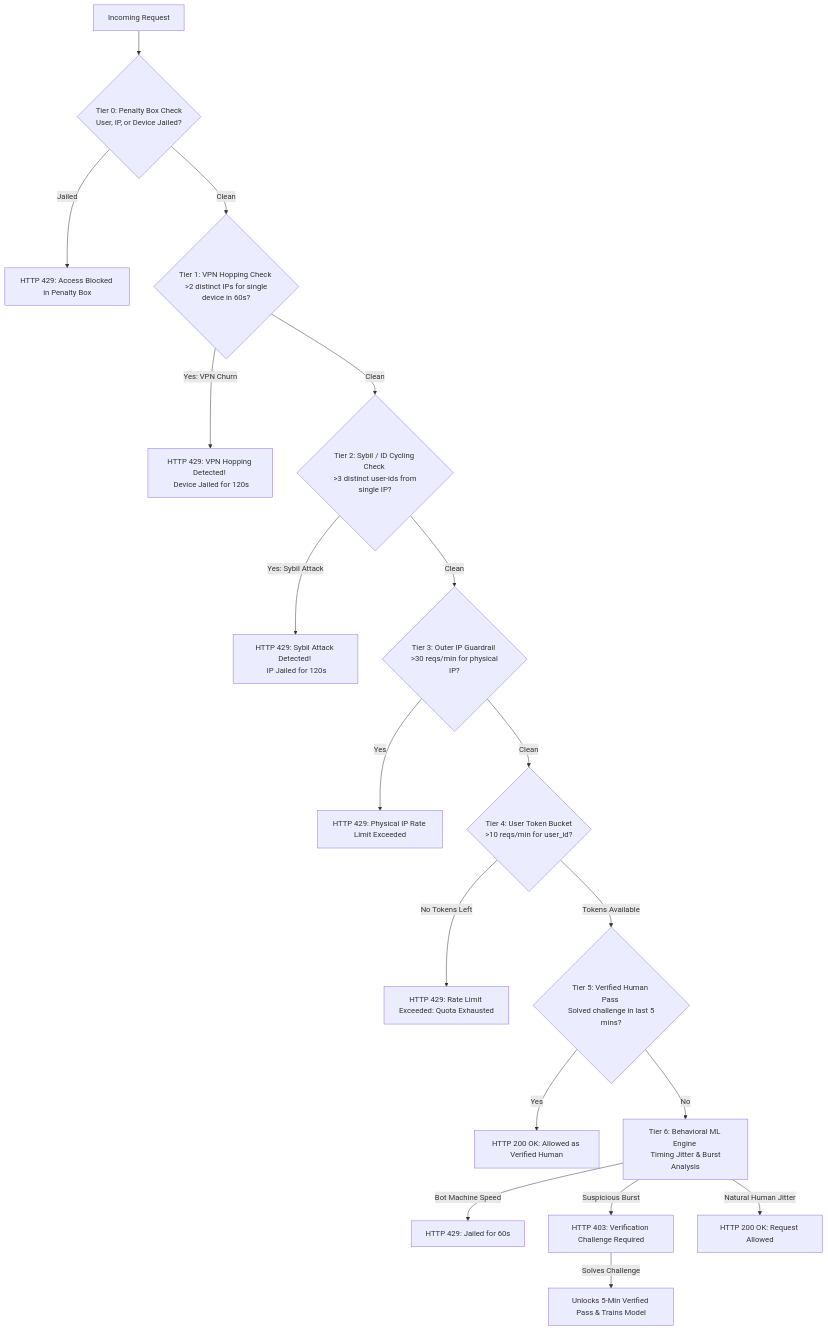
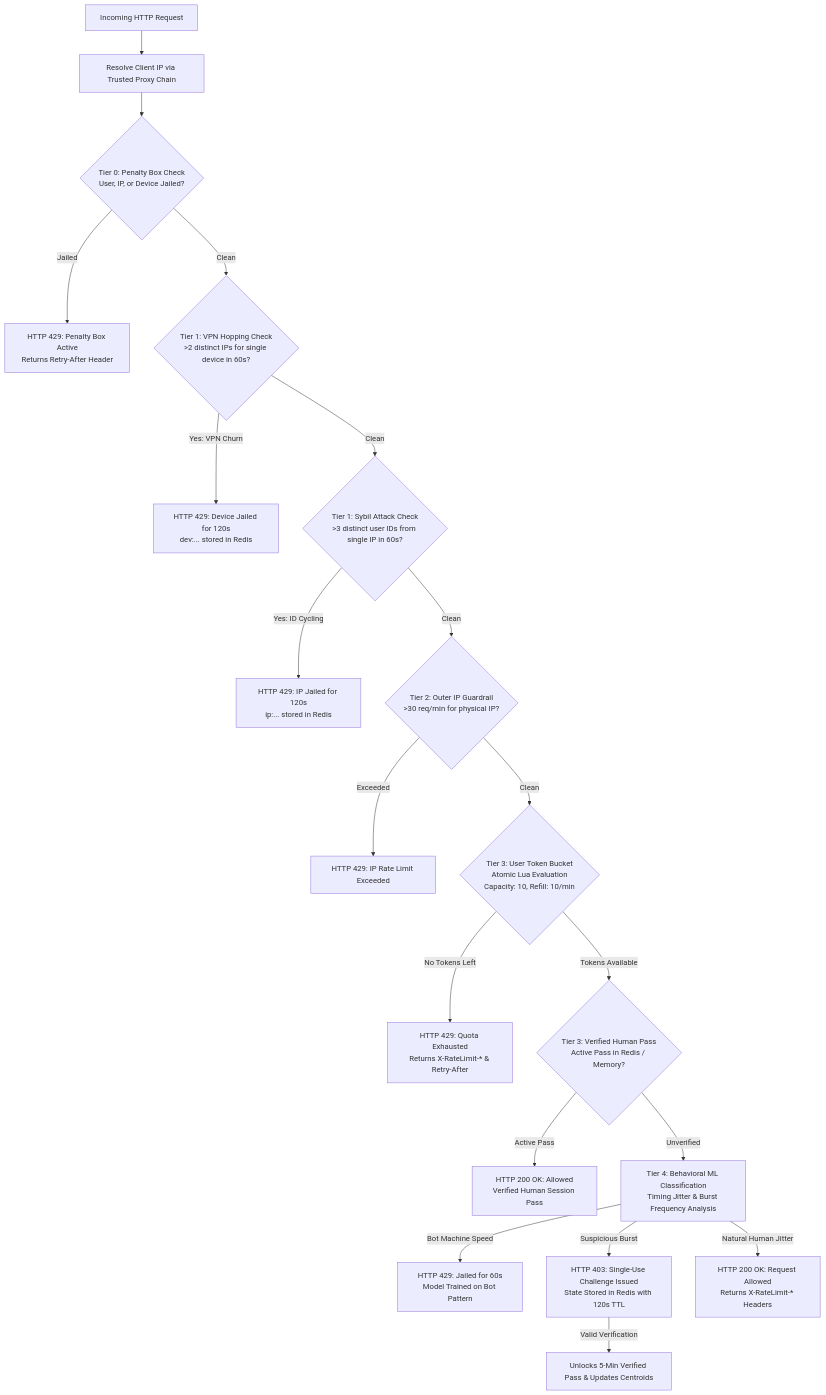
Before and after one commit to sharvi16/distributed-rate-limiter: the diagram in README.md, drawn with Mermaid. The commit also changed other lines of this file and 28 other files, not shown here.

````diff
--- a/README.md
+++ b/README.md
@@ -9,28 +11,29 @@
 ```mermaid
 flowchart TD
-    Req[Incoming Request] --> PenaltyCheck{Tier 0: Penalty Box Check <br> User, IP, or Device Jailed?}
+    Req[Incoming HTTP Request] --> ResolveIP[Resolve Client IP via Trusted Proxy Chain]
+    ResolveIP --> PenaltyCheck{Tier 0: Penalty Box Check<br/>User, IP, or Device Jailed?}
     
-    PenaltyCheck -->|Jailed| BlockJail[HTTP 429: Access Blocked in Penalty Box]
-    PenaltyCheck -->|Clean| VPNHopping{Tier 1: VPN Hopping Check <br> >2 distinct IPs for single device in 60s?}
+    PenaltyCheck -->|Jailed| BlockJail[HTTP 429: Penalty Box Active<br/>Returns Retry-After Header]
+    PenaltyCheck -->|Clean| VPNHopping{Tier 1: VPN Hopping Check<br/>>2 distinct IPs for single device in 60s?}
     
-    VPNHopping -->|Yes: VPN Churn| JailDevice[HTTP 429: VPN Hopping Detected! <br> Device Jailed for 120s]
-    VPNHopping -->|Clean| SybilCheck{Tier 2: Sybil / ID Cycling Check <br> >3 distinct user-ids from single IP?}
+    VPNHopping -->|Yes: VPN Churn| JailDevice[HTTP 429: Device Jailed for 120s<br/>dev:... stored in Redis]
+    VPNHopping -->|Clean| SybilCheck{Tier 1: Sybil Attack Check<br/>>3 distinct user IDs from single IP in 60s?}
     
-    SybilCheck -->|Yes: Sybil Attack| JailIP[HTTP 429: Sybil Attack Detected! <br> IP Jailed for 120s]
-    SybilCheck -->|Clean| OuterIPLimit{Tier 3: Outer IP Guardrail <br> >30 reqs/min for physical IP?}
+    SybilCheck -->|Yes: ID Cycling| JailIP[HTTP 429: IP Jailed for 120s<br/>ip:... stored in Redis]
+    SybilCheck -->|Clean| OuterIPLimit{Tier 2: Outer IP Guardrail<br/>>30 req/min for physical IP?}
     
-    OuterIPLimit -->|Yes| BlockIP[HTTP 429: Physical IP Rate Limit Exceeded]
-    OuterIPLimit -->|Clean| UserQuota{Tier 4: User Token Bucket <br> >10 reqs/min for user_id?}
+    OuterIPLimit -->|Exceeded| BlockIP[HTTP 429: IP Rate Limit Exceeded]
+    OuterIPLimit -->|Clean| UserQuota{Tier 3: User Token Bucket<br/>Atomic Lua Evaluation<br/>Capacity: 10, Refill: 10/min}
     
-    UserQuota -->|No Tokens Left| BlockUser[HTTP 429: Rate Limit Exceeded: Quota Exhausted]
-    UserQuota -->|Tokens Available| VerifiedCheck{Tier 5: Verified Human Pass <br> Solved challenge in last 5 mins?}
+    UserQuota -->|No Tokens Left| BlockUser[HTTP 429: Quota Exhausted<br/>Returns X-RateLimit-* & Retry-After]
+    UserQuota -->|Tokens Available| VerifiedCheck{Tier 3: Verified Human Pass<br/>Active Pass in Redis / Memory?}
     
-    VerifiedCheck -->|Yes| AllowVerified[HTTP 200 OK: Allowed as Verified Human]
-    VerifiedCheck -->|No| MLBehavior[Tier 6: Behavioral ML Engine <br> Timing Jitter & Burst Analysis]
+    VerifiedCheck -->|Active Pass| AllowVerified[HTTP 200 OK: Allowed<br/>Verified Human Session Pass]
+    VerifiedCheck -->|Unverified| MLBehavior[Tier 4: Behavioral ML Classification<br/>Timing Jitter & Burst Frequency Analysis]
     
-    MLBehavior -->|Bot Machine Speed| JailBot[HTTP 429: Jailed for 60s]
-    MLBehavior -->|Suspicious Burst| IssueChallenge[HTTP 403: Verification Challenge Required]
-    MLBehavior -->|Natural Human Jitter| AllowHuman[HTTP 200 OK: Request Allowed]
+    MLBehavior -->|Bot Machine Speed| JailBot[HTTP 429: Jailed for 60s<br/>Model Trained on Bot Pattern]
+    MLBehavior -->|Suspicious Burst| IssueChallenge[HTTP 403: Single-Use Challenge Issued<br/>State Stored in Redis with 120s TTL]
+    MLBehavior -->|Natural Human Jitter| AllowHuman[HTTP 200 OK: Request Allowed<br/>Returns X-RateLimit-* Headers]
 
-    IssueChallenge -->|Solves Challenge| GrantPass[Unlocks 5-Min Verified Pass & Trains Model]
+    IssueChallenge -->|Valid Verification| GrantPass[Unlocks 5-Min Verified Pass & Updates Centroids]
 ```
````
